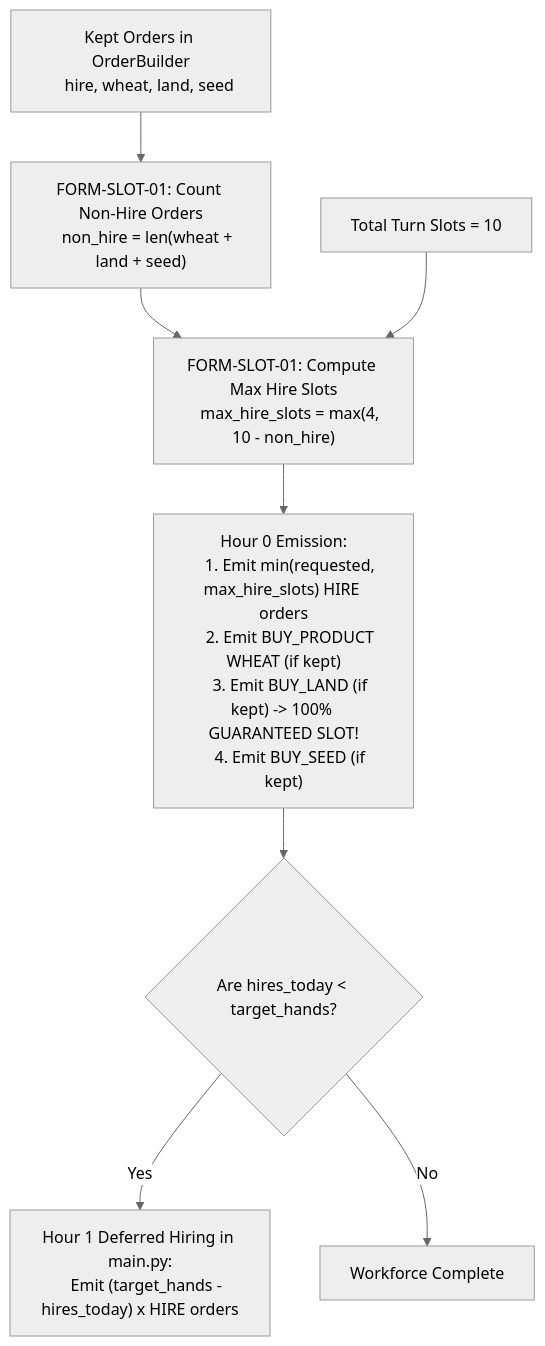
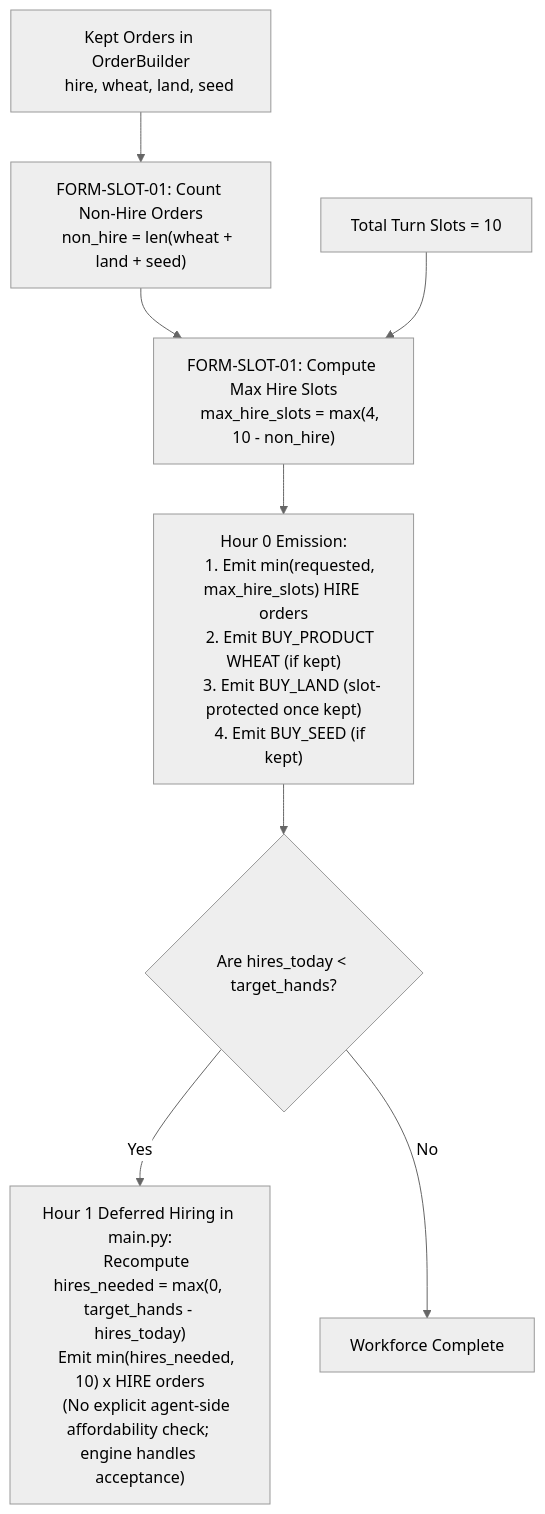
Before and after one commit to aaryasj0310-stack/farm: the second of 4 diagrams in architecture/decision_formula.md, drawn with Mermaid (neutral theme). The commit also changed other lines of this file and 242 other files, not shown here.

````diff
--- a/architecture/decision_formula.md
+++ b/architecture/decision_formula.md
@@ -115,29 +129,31 @@
 ```mermaid
 flowchart TD
     KEPT["Kept Orders in OrderBuilder
     hire, wheat, land, seed"]
     SLOTS["Total Turn Slots = 10"]
     COUNT_NH["FORM-SLOT-01: Count Non-Hire Orders
     non_hire = len(wheat + land + seed)"]
     BUDGET_HIRE["FORM-SLOT-01: Compute Max Hire Slots
     max_hire_slots = max(4, 10 - non_hire)"]
 
     EMIT_H0["Hour 0 Emission:
     1. Emit min(requested, max_hire_slots) HIRE orders
     2. Emit BUY_PRODUCT WHEAT (if kept)
-    3. Emit BUY_LAND (if kept) -> 100% GUARANTEED SLOT!
+    3. Emit BUY_LAND (slot-protected once kept)
     4. Emit BUY_SEED (if kept)"]
 
     H1_CHECK{"Are hires_today < target_hands?"}
     EMIT_H1["Hour 1 Deferred Hiring in main.py:
-    Emit (target_hands - hires_today) x HIRE orders"]
+    Recompute hires_needed = max(0, target_hands - hires_today)
+    Emit min(hires_needed, 10) x HIRE orders
+    (No explicit agent-side affordability check; engine handles acceptance)"]
 
     KEPT --> COUNT_NH
     COUNT_NH --> BUDGET_HIRE
     SLOTS --> BUDGET_HIRE
     BUDGET_HIRE --> EMIT_H0
 
     EMIT_H0 --> H1_CHECK
     H1_CHECK -->|Yes| EMIT_H1
     H1_CHECK -->|No| DONE["Workforce Complete"]
 ```
````
